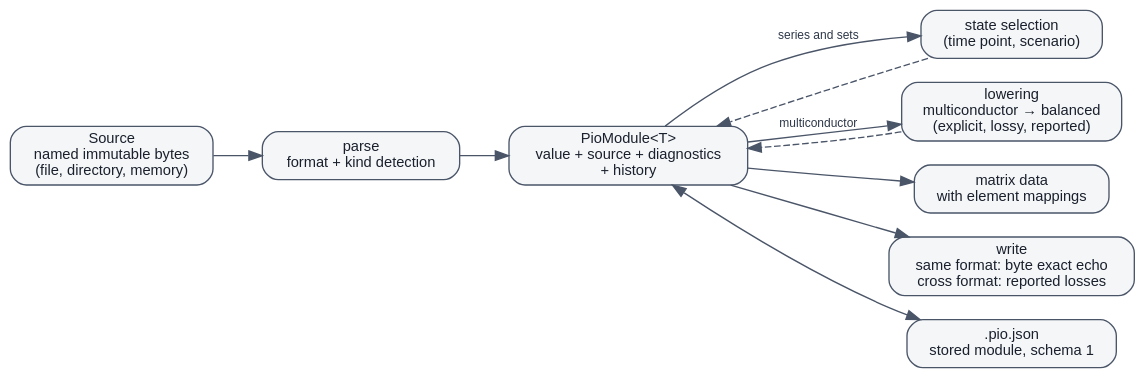
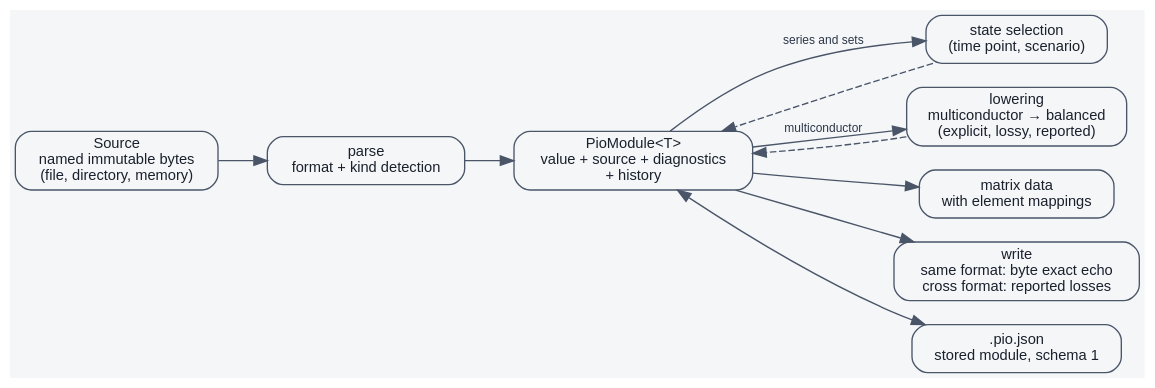
Before and after one commit to eigenergy/powerio: the diagram in docs/diagrams/dataflow.dot, drawn with Graphviz. The commit also changed 18 other files, not shown here.

```diff
--- a/docs/diagrams/dataflow.dot
+++ b/docs/diagrams/dataflow.dot
@@ -1,30 +1,30 @@
 // The parse-to-write data flow: acquisition, parse, the typed module, the
 // explicit transformations, and writing. Nodes here are operations and data,
 // not crates, so the checker validates only its syntax and generation.
 digraph powerio_dataflow {
     rankdir = LR;
-    bgcolor = "transparent";
+    bgcolor = "#f4f6f8";
     node [shape = box, style = "rounded,filled", fillcolor = "#f4f6f8",
           color = "#4a5568", fontname = "Helvetica", fontsize = 11,
           fontcolor = "#1a202c"];
     edge [color = "#4a5568", fontname = "Helvetica", fontsize = 9,
           fontcolor = "#2d3748"];
 
     source [label = "Source\nnamed immutable bytes\n(file, directory, memory)"];
     parse [label = "parse\nformat + kind detection"];
     module [label = "PioModule<T>\nvalue + source + diagnostics\n+ history"];
     select [label = "state selection\n(time point, scenario)"];
     lower [label = "lowering\nmulticonductor → balanced\n(explicit, lossy, reported)"];
     matrices [label = "matrix data\nwith element mappings"];
     write [label = "write\nsame format: byte exact echo\ncross format: reported losses"];
     stored [label = ".pio.json\nstored module, schema 1"];
 
     source -> parse -> module;
     module -> select [label = "series and sets"];
     select -> module [style = dashed];
     module -> lower [label = "multiconductor"];
     lower -> module [style = dashed];
     module -> matrices;
     module -> write;
     module -> stored [dir = both];
 }
```
